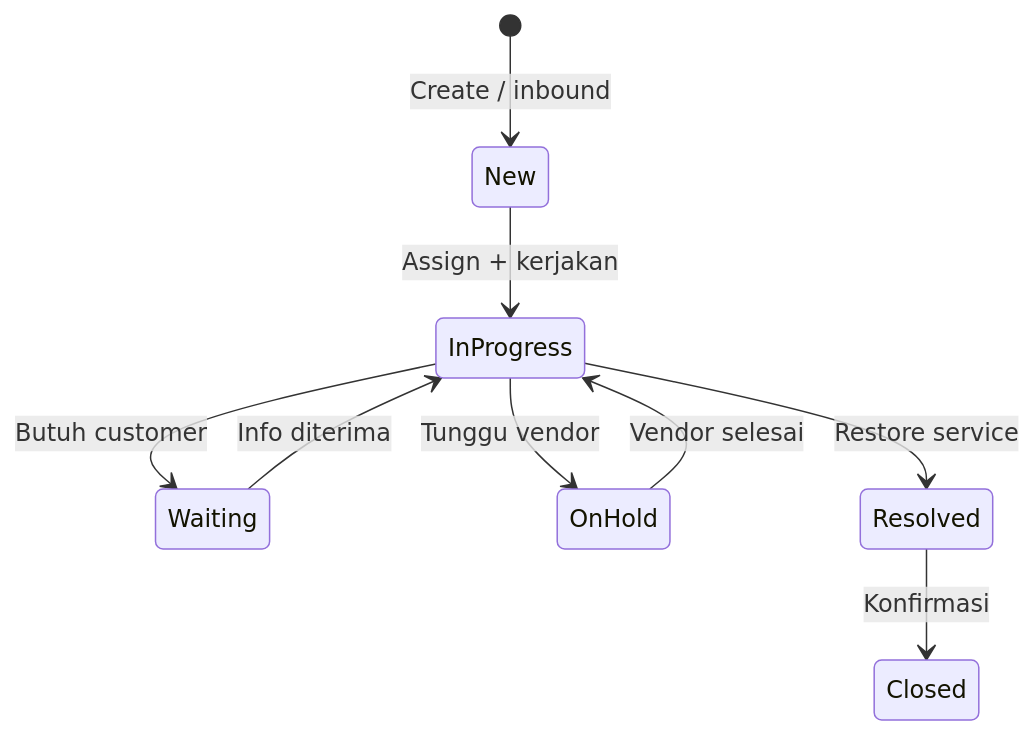
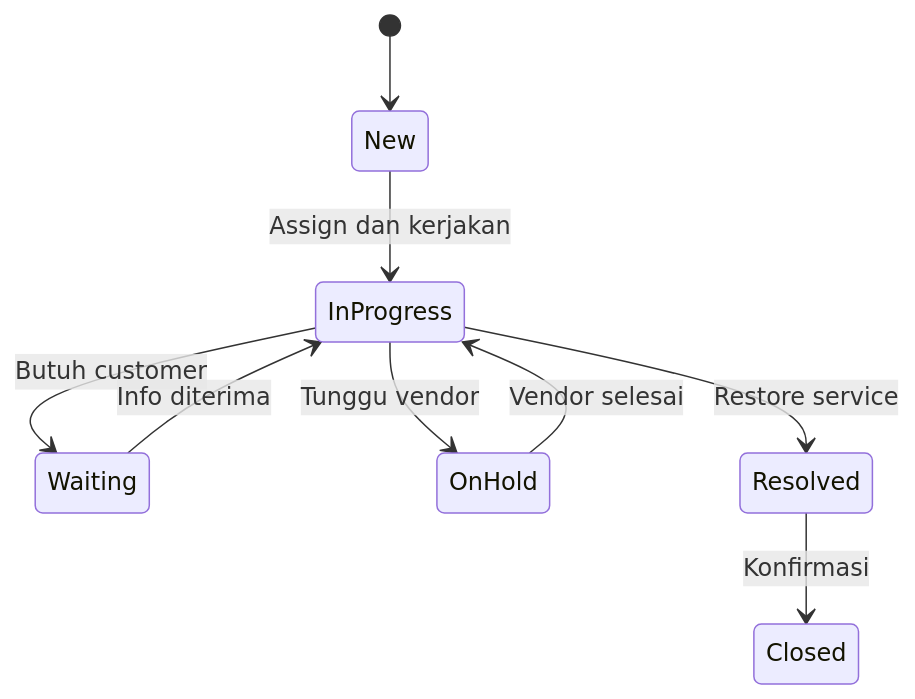
Before and after one commit to bontiharyanto/novacrm: the seventh of 14 diagrams in docs/TICKETING-JOURNEY.md, drawn with Mermaid. The commit also changed other lines of this file, not shown here.

First line of the commit message:
Fix Mermaid diagram syntax in ticketing journey doc for GitHub rendering.

````diff
--- a/docs/TICKETING-JOURNEY.md
+++ b/docs/TICKETING-JOURNEY.md
@@ -271,11 +271,11 @@
 ```mermaid
 stateDiagram-v2
-  [*] --> New: Create / inbound
-  New --> InProgress: Assign + kerjakan
+  [*] --> New
+  New --> InProgress: Assign dan kerjakan
   InProgress --> Waiting: Butuh customer
   InProgress --> OnHold: Tunggu vendor
   Waiting --> InProgress: Info diterima
   OnHold --> InProgress: Vendor selesai
   InProgress --> Resolved: Restore service
   Resolved --> Closed: Konfirmasi
 ```
````
